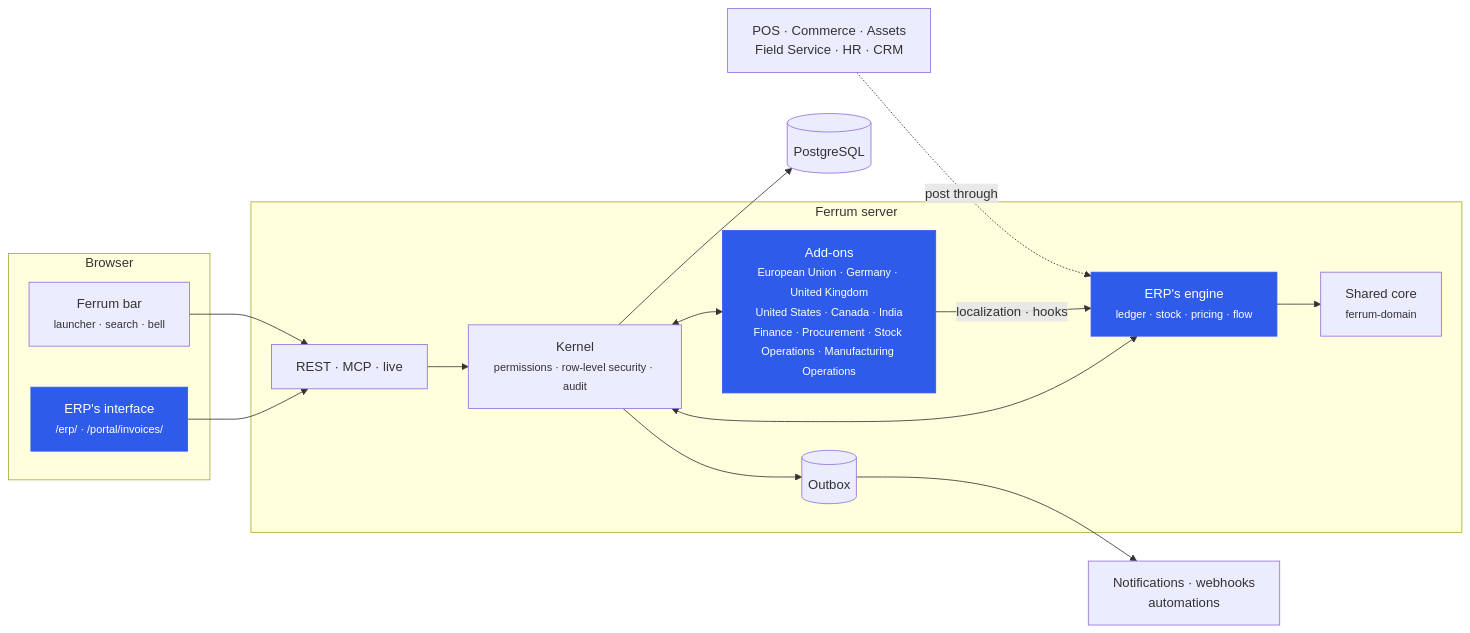
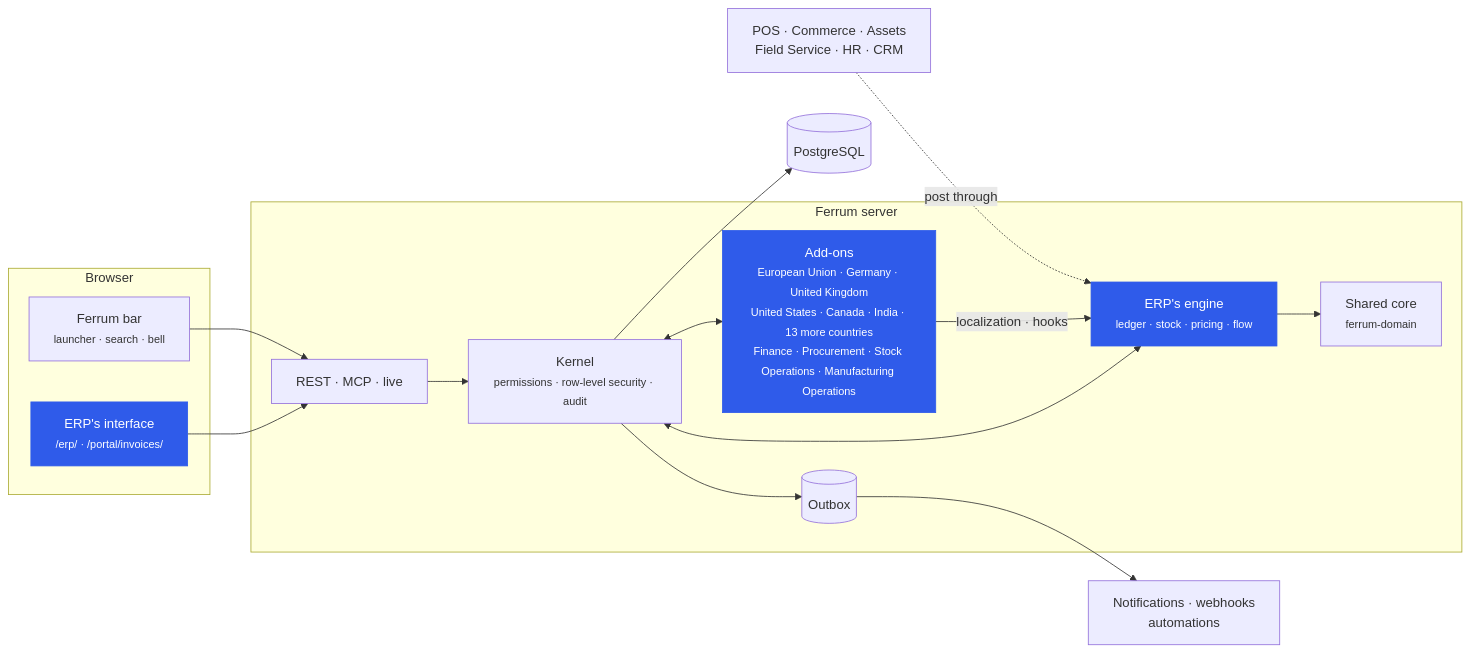
One commit to CBFerrum/ferrum-app-erp changed the second of 3 diagrams in README.md. Above: the diagram before and after it, drawn with Mermaid. The commit also changed other lines of this file, not shown here.

Commit message:
README: thirteen more countries on one VAT/GST engine (ferrum-countries: South East Asia, the Gulf, Australia, New Zealand, Japan, Mexico, China)

````diff
--- a/README.md
+++ b/README.md
@@ -153,26 +176,26 @@
 ```mermaid
 flowchart LR
     subgraph Browser
         UI["ERP's interface<br/><small>/erp/ · /portal/invoices/</small>"]
         BAR["Ferrum bar<br/><small>launcher · search · bell</small>"]
     end
     subgraph Server["Ferrum server"]
         API["REST · MCP · live"]
         K["Kernel<br/><small>permissions · row-level security · audit</small>"]
         ENG["ERP's engine<br/><small>ledger · stock · pricing · flow</small>"]
-        ADD["Add-ons<br/><small>European Union · Germany · United Kingdom<br/>United States · Canada · India<br/>Finance · Procurement · Stock Operations · Manufacturing Operations</small>"]
+        ADD["Add-ons<br/><small>European Union · Germany · United Kingdom<br/>United States · Canada · India · 13 more countries<br/>Finance · Procurement · Stock Operations · Manufacturing Operations</small>"]
         CORE["Shared core<br/><small>ferrum-domain</small>"]
         OB[("Outbox")]
     end
     DB[("PostgreSQL")]
     UI --> API --> K --> DB
     BAR --> API
     K <--> ENG
     K <--> ADD
     ADD -->|localization · hooks| ENG
     ENG --> CORE
     K --> OB --> EV["Notifications · webhooks<br/>automations"]
     APPS["POS · Commerce · Assets<br/>Field Service · HR · CRM"] -. post through .-> ENG
     classDef erp fill:#2f5bea,color:#fff,stroke:#2f5bea
     class UI,ENG,ADD erp
 ```
````
